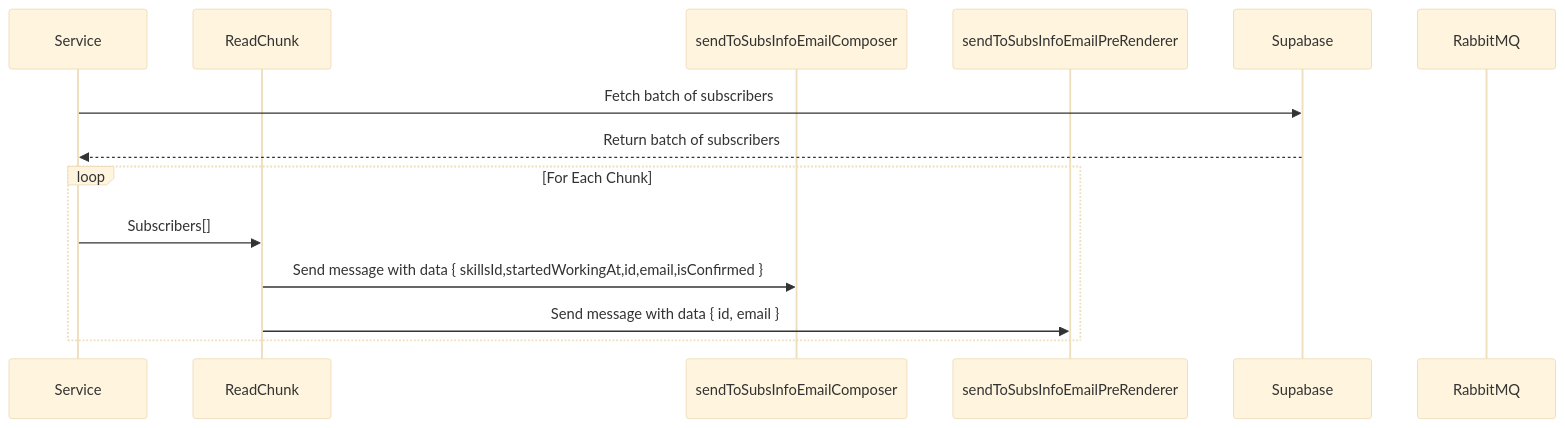
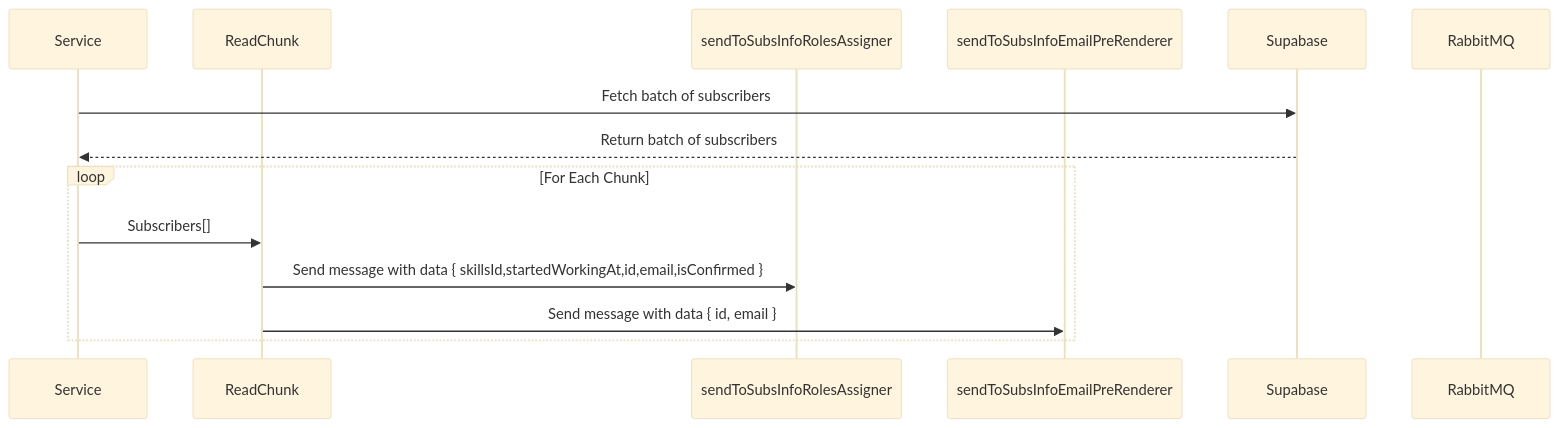
The diagram in apps/auto-email-sender/subs-to-queue/README.md (ocodista/trampar-de-casa), drawn with Mermaid (base theme) before and after one commit. The commit also changed other lines of this file and 3 other files, not shown here.

````diff
--- a/apps/auto-email-sender/subs-to-queue/README.md
+++ b/apps/auto-email-sender/subs-to-queue/README.md
@@ -23,19 +23,19 @@
 ```mermaid
 sequenceDiagram
 
 participant S as Service
 participant RC as ReadChunk
-participant STIEC as sendToSubsInfoEmailComposer
+participant STIEC as sendToSubsInfoRolesAssigner
 participant STIEPR as sendToSubsInfoEmailPreRenderer
 participant DB as Supabase
 participant R as RabbitMQ
 
 S->>DB: Fetch batch of subscribers
 DB-->>S: Return batch of subscribers
 
 loop For Each Chunk
 	S->>RC: Subscribers[]
 	RC->>STIEC: Send message with data { skillsId,startedWorkingAt,id,email,isConfirmed }
 	RC->>STIEPR: Send message with data { id, email }
 end
 ```
````
